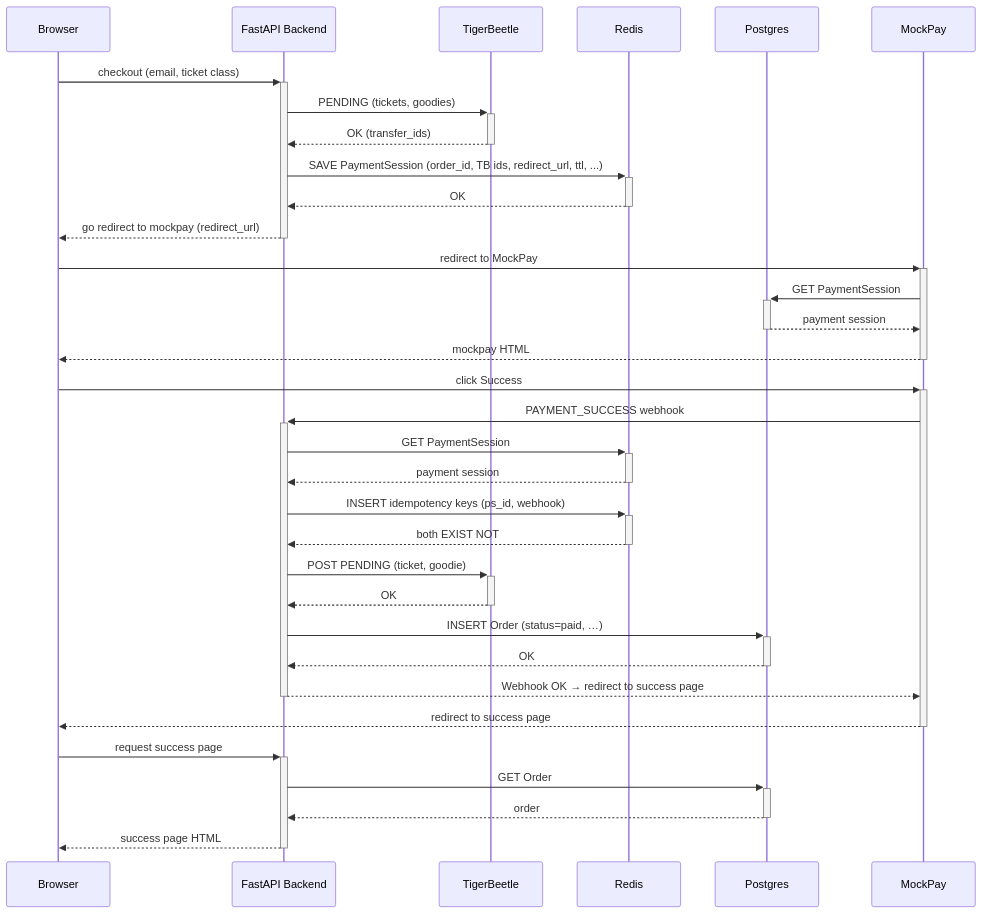
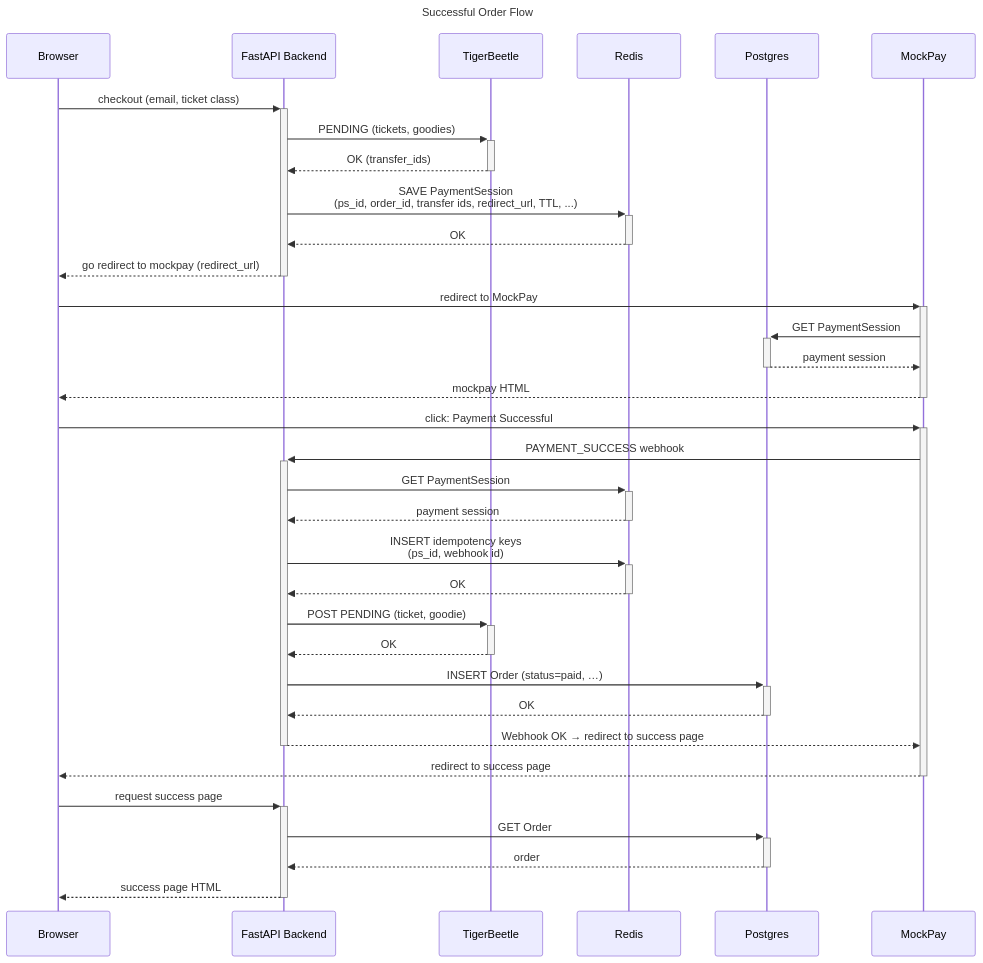
The diagram in doc/payment-sequence.mmd (renerocksai/tigerfans), drawn with Mermaid before and after one commit. The commit also changed 1 other file, not shown here.

Commit message:
update README and sequence diagram

```diff
--- a/doc/payment-sequence.mmd
+++ b/doc/payment-sequence.mmd
@@ -1,42 +1,45 @@
+---
+title: Successful Order Flow
+---
 sequenceDiagram
     participant B as Browser
     participant S as FastAPI Backend
     participant T as TigerBeetle
     participant R as Redis
     participant P as Postgres
     participant M as MockPay
 
     B->>+S: checkout (email, ticket class)
     S->>+T: PENDING (tickets, goodies)
     T-->>-S: OK (transfer_ids)
-    S->>+R: SAVE PaymentSession (order_id, TB ids, redirect_url, ttl, ...)
+    S->>+R: SAVE PaymentSession<br/>(ps_id, order_id, transfer ids, redirect_url, TTL, ...)
     R-->>-S: OK
     S-->>-B: go redirect to mockpay (redirect_url)
 
     B->>+M: redirect to MockPay
     M->>+P: GET PaymentSession
     P-->>-M: payment session
     M-->>-B: mockpay HTML
 
-    B->>+M: click Success
+    B->>+M: click: Payment Successful
     M->>+S: PAYMENT_SUCCESS webhook
 
     S->>+R: GET PaymentSession
     R-->>-S: payment session
 
-    S->>+R: INSERT idempotency keys (ps_id, webhook)
-    R-->>-S: both EXIST NOT
+    S->>+R: INSERT idempotency keys<br/> (ps_id, webhook id)
+    R-->>-S: OK
 
     S->>+T: POST PENDING (ticket, goodie)
     T-->>-S: OK
 
     S->>+P: INSERT Order (status=paid, …)
     P-->>-S: OK
 
     S-->>-M: Webhook OK → redirect to success page
     M-->>-B: redirect to success page
 
     B->>+S: request success page
     S->>+P: GET Order
     P-->>-S: order
     S-->>-B: success page HTML
```
